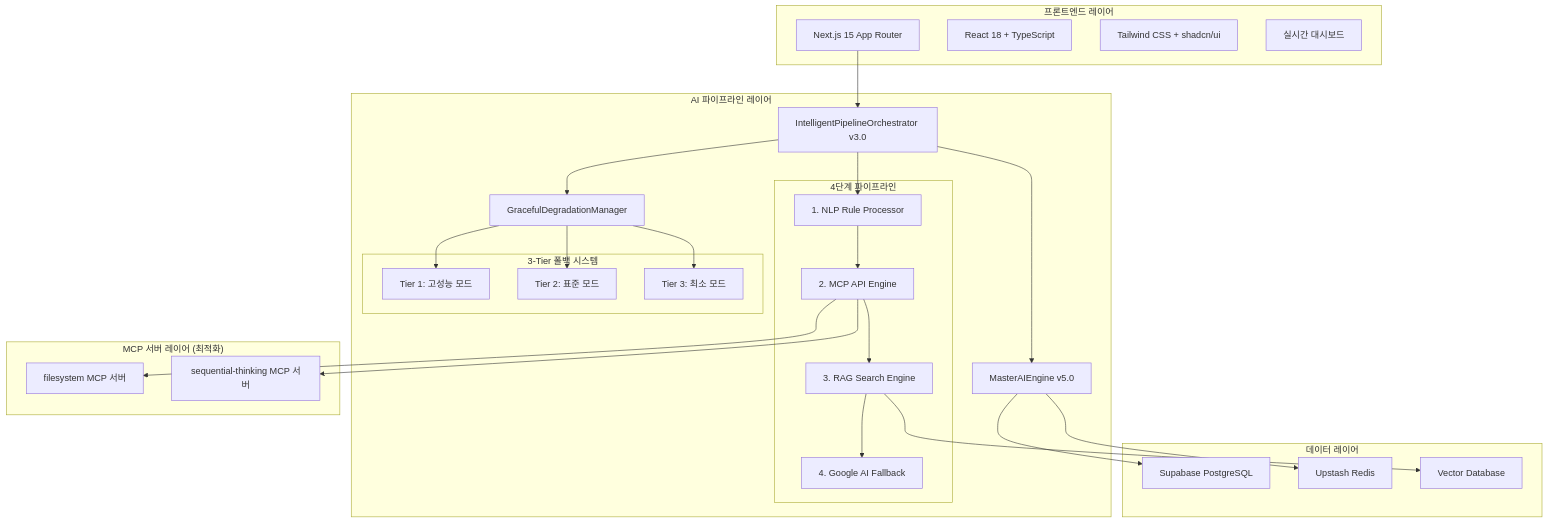
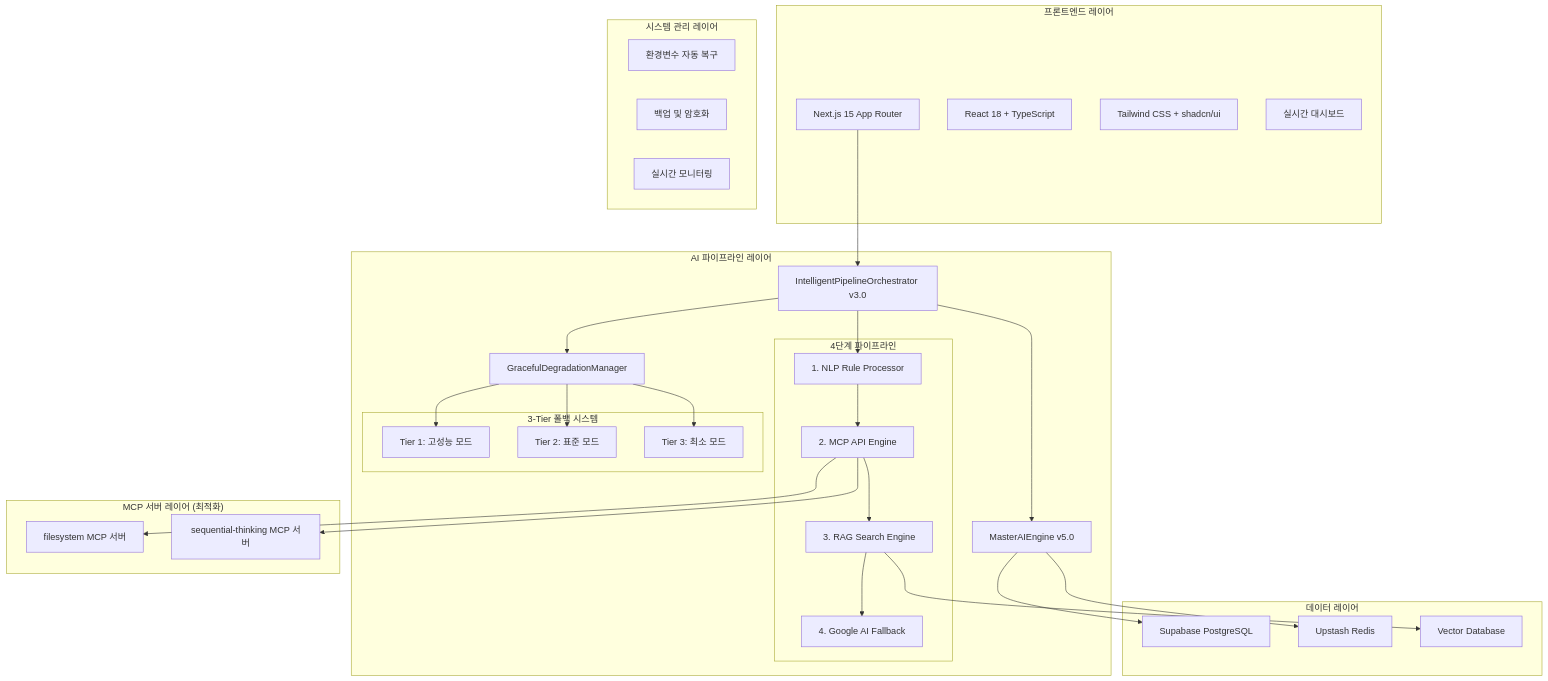
One commit to skyasu2/openmanager-vibe-v5 changed the second of 4 diagrams in docs/ARCHITECTURE.md. Above: the diagram before and after it, drawn with Mermaid. The commit also changed other lines of this file and 29 other files, not shown here.

````diff
--- a/docs/ARCHITECTURE.md
+++ b/docs/ARCHITECTURE.md
@@ -33,55 +119,61 @@
 ```mermaid
 graph TB
     subgraph "프론트엔드 레이어"
         A[Next.js 15 App Router]
         B[React 18 + TypeScript]
         C[Tailwind CSS + shadcn/ui]
         D[실시간 대시보드]
     end
 
     subgraph "AI 파이프라인 레이어"
         E[IntelligentPipelineOrchestrator v3.0]
         F[GracefulDegradationManager]
         G[MasterAIEngine v5.0]
 
         subgraph "4단계 파이프라인"
             H[1. NLP Rule Processor]
             I[2. MCP API Engine]
             J[3. RAG Search Engine]
             K[4. Google AI Fallback]
         end
 
         subgraph "3-Tier 폴백 시스템"
             L[Tier 1: 고성능 모드]
             M[Tier 2: 표준 모드]
             N[Tier 3: 최소 모드]
         end
     end
 
     subgraph "MCP 서버 레이어 (최적화)"
         O[filesystem MCP 서버]
         P[sequential-thinking MCP 서버]
     end
 
     subgraph "데이터 레이어"
         Q[Supabase PostgreSQL]
         R[Upstash Redis]
         S[Vector Database]
     end
 
+    subgraph "시스템 관리 레이어"
+        T[환경변수 자동 복구]
+        U[백업 및 암호화]
+        V[실시간 모니터링]
+    end
+
     A --> E
     E --> F
     E --> H
     H --> I
     I --> J
     J --> K
     F --> L
     F --> M
     F --> N
     E --> G
     I --> O
     I --> P
     G --> Q
     G --> R
     J --> S
 ```
````
